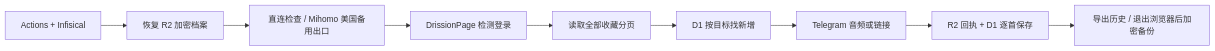
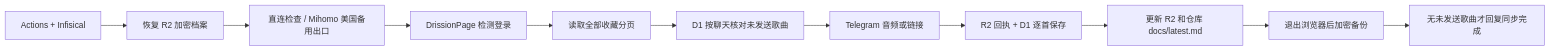
One commit to C0verSnow/TGMusic changed the diagram in README.md. Above: the diagram before and after it, drawn with Mermaid. The commit also changed other lines of this file and 20 other files, not shown here.

````diff
--- a/README.md
+++ b/README.md
@@ -11,11 +11,13 @@
 ```mermaid
 flowchart LR
   A[Actions + Infisical] --> B[恢复 R2 加密档案]
   B --> C[直连检查 / Mihomo 美国备用出口]
   C --> D[DrissionPage 检测登录]
   D --> E[读取全部收藏分页]
-  E --> F[D1 按目标找新增]
+  E --> F[D1 按聊天核对未发送歌曲]
   F --> G[Telegram 音频或链接]
   G --> H[R2 回执 + D1 逐首保存]
-  H --> I[导出历史 / 退出浏览器后加密备份]
+  H --> I[更新 R2 和仓库 docs/latest.md]
+  I --> J[退出浏览器后加密备份]
+  J --> K[无未发送歌曲才回复同步完成]
 ```
````
